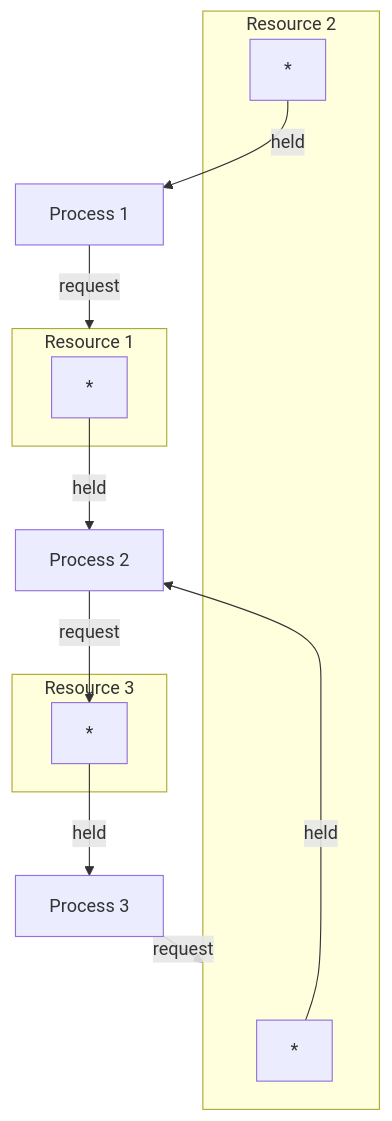
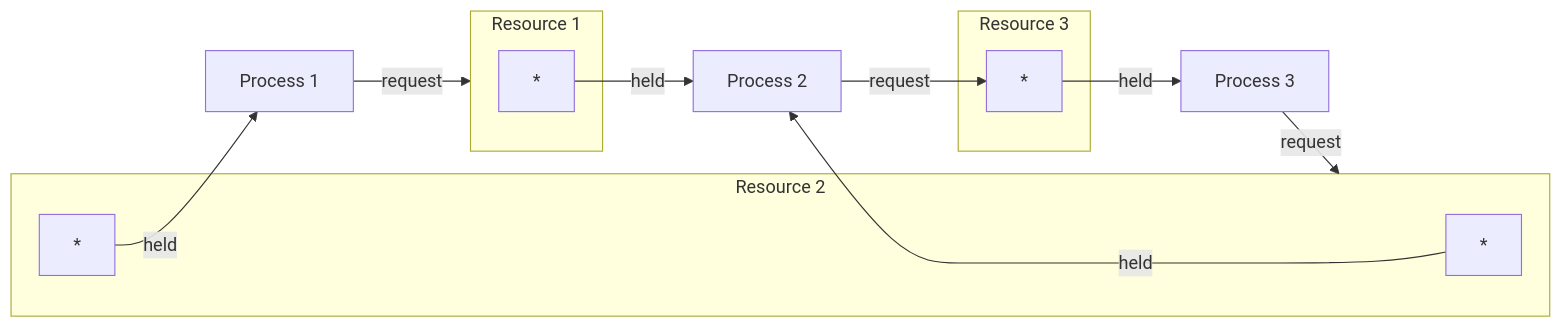
The first of 3 diagrams in master-blog/artifact/bu/575/research/Paper.md (SiegeSailor/vault-personal), drawn with Mermaid before and after one commit. The commit also changed other lines of this file, not shown here.

````diff
--- a/master-blog/artifact/bu/575/research/Paper.md
+++ b/master-blog/artifact/bu/575/research/Paper.md
@@ -58,24 +58,24 @@
 ```mermaid
-flowchart TB
+flowchart LR
 A[Process 1]
 B[Process 2]
 C[Process 3]
 subgraph D [Resource 1]
 1[*]
 end
 subgraph E [Resource 2]
 2[*]
 3[*]
 end
 subgraph F [Resource 3]
 4[*]
 end
 
 A -->|request| D
 1 -->|held| B
 B -->|request| 4
 4 -->|held| C
 C -->|request| E
 2 -->|held| B
 3 -->|held| A
 ```
````
